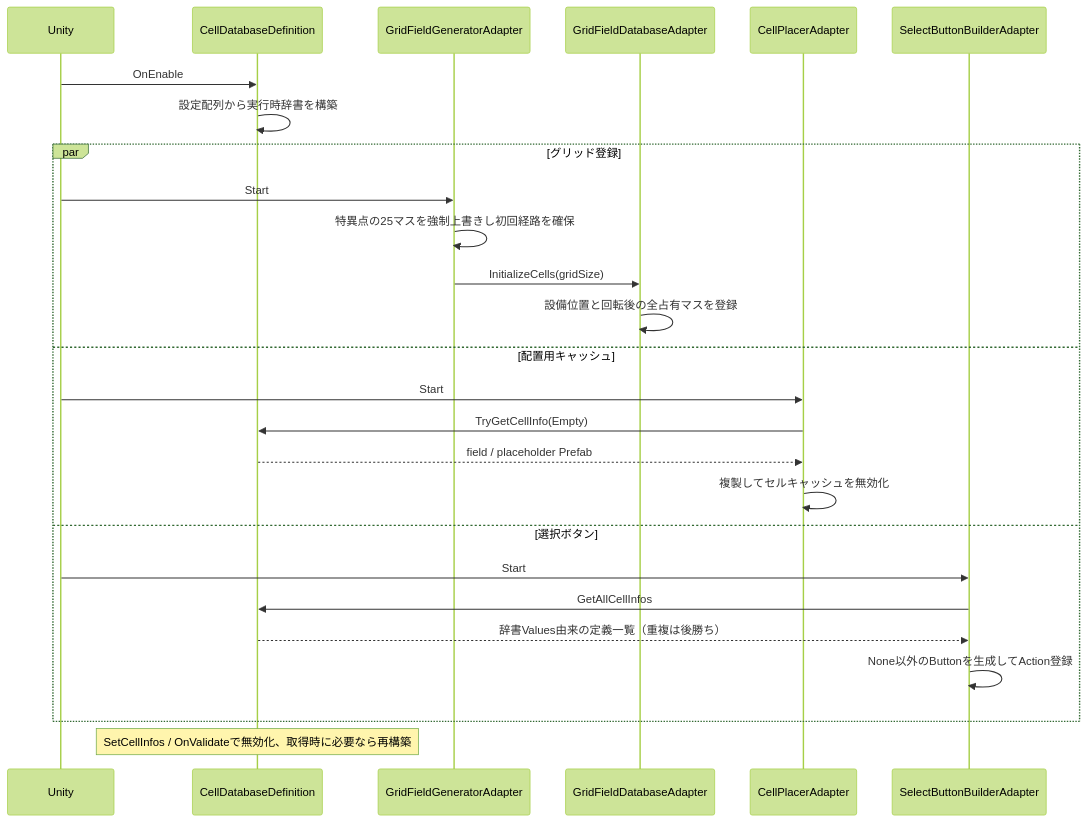
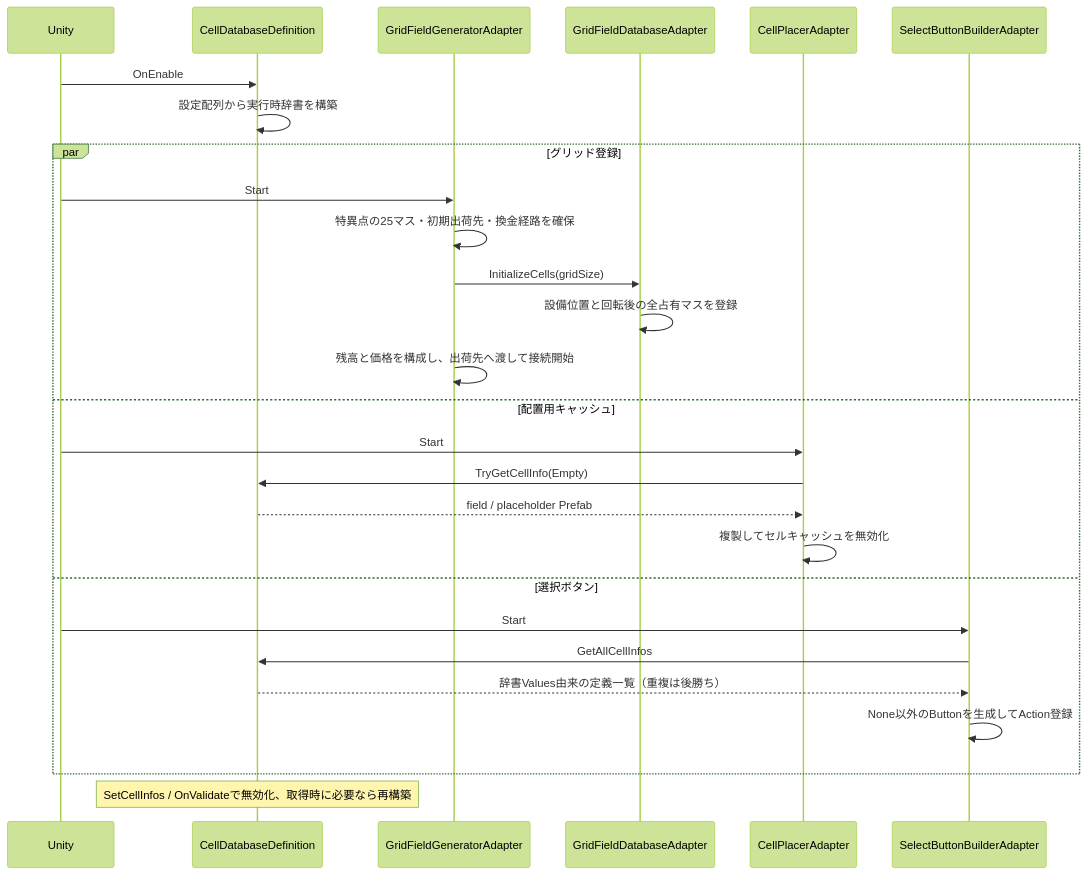
Before and after one commit to AoiTomiyama/FactoryGame: the first of 5 diagrams in docs/design/architecture-sequences.md, drawn with Mermaid (forest theme). The commit also changed 46 other files, not shown here.

````diff
--- a/docs/design/architecture-sequences.md
+++ b/docs/design/architecture-sequences.md
@@ -10,28 +10,29 @@
 ```mermaid
 sequenceDiagram
  participant U as Unity
  participant D as CellDatabaseDefinition
  participant G as GridFieldGeneratorAdapter
  participant F as GridFieldDatabaseAdapter
  participant P as CellPlacerAdapter
  participant B as SelectButtonBuilderAdapter
  U->>D: OnEnable
  D->>D: 設定配列から実行時辞書を構築
  par グリッド登録
   U->>G: Start
-  G->>G: 特異点の25マスを強制上書きし初回経路を確保
+  G->>G: 特異点の25マス・初期出荷先・換金経路を確保
   G->>F: InitializeCells(gridSize)
   F->>F: 設備位置と回転後の全占有マスを登録
+  G->>G: 残高と価格を構成し、出荷先へ渡して接続開始
  and 配置用キャッシュ
   U->>P: Start
   P->>D: TryGetCellInfo(Empty)
   D-->>P: field / placeholder Prefab
   P->>P: 複製してセルキャッシュを無効化
  and 選択ボタン
   U->>B: Start
   B->>D: GetAllCellInfos
   D-->>B: 辞書Values由来の定義一覧（重複は後勝ち）
   B->>B: None以外のButtonを生成してAction登録
  end
  Note over D: SetCellInfos / OnValidateで無効化、取得時に必要なら再構築
 ```
````
